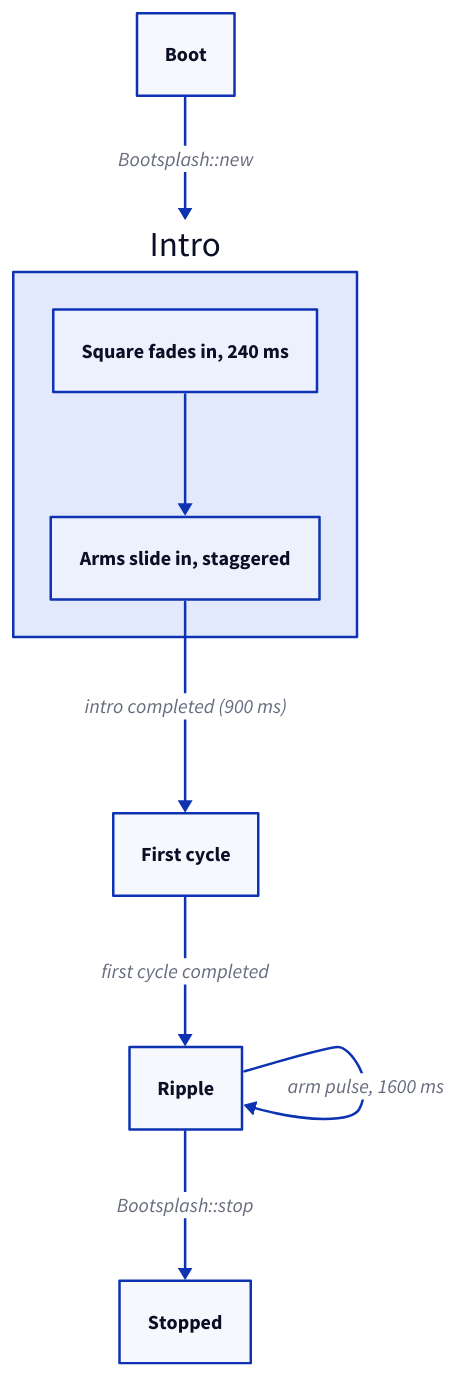
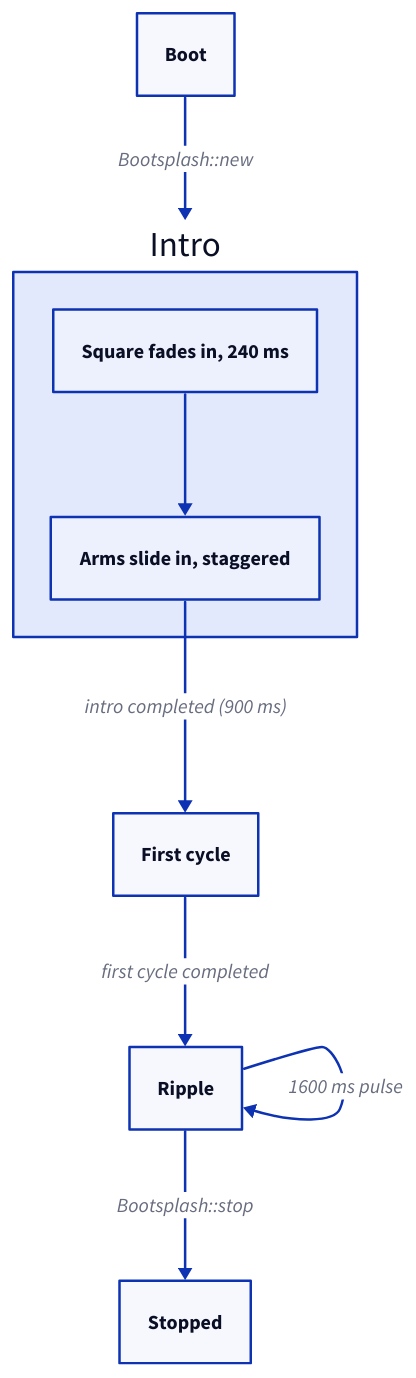
One commit to xila-project/website changed the diagram in src/content/docs/explanation/architecture/libraries/bootsplash.mdx. Above: the diagram before and after it, drawn with D2. The commit also changed 1 other file, not shown here.

Commit message:
docs(diagrams): widen the firmware update grid gap and shorten labels
Set grid-gap to 80 in the abortable states frame of the firmware
update diagram, so the activate and error labels no longer fill the
column gap and hide the arrows, and rename the two failure labels to
error. State in the prose that a failed abort puts the transaction in
Failed, as Core abort() does. Shorten the bootsplash self-loop label to
1600 ms pulse.

````diff
--- a/src/content/docs/explanation/architecture/libraries/bootsplash.mdx
+++ b/src/content/docs/explanation/architecture/libraries/bootsplash.mdx
@@ -51,20 +51,20 @@
 ```d2 title="Bootsplash animation state transitions"
 direction: down
 
 boot: Boot { class: component }
 intro: Intro { class: layer
   direction: right
   square: Square fades in, 240 ms { class: component }
   arms: Arms slide in, staggered { class: component }
   square -> arms
 }
 first_cycle: First cycle { class: component }
 ripple: Ripple { class: component }
 stopped: Stopped { class: component }
 
 boot -> intro: Bootsplash::new
 intro.arms -> first_cycle: intro completed (900 ms)
 first_cycle -> ripple: first cycle completed
-ripple -> ripple: arm pulse, 1600 ms
+ripple -> ripple: 1600 ms pulse
 ripple -> stopped: Bootsplash::stop
 ```
````
